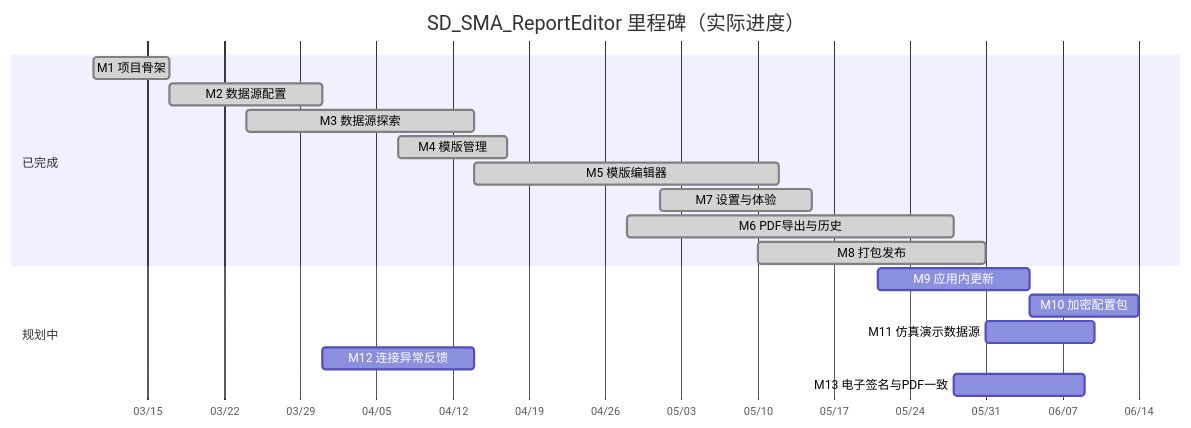
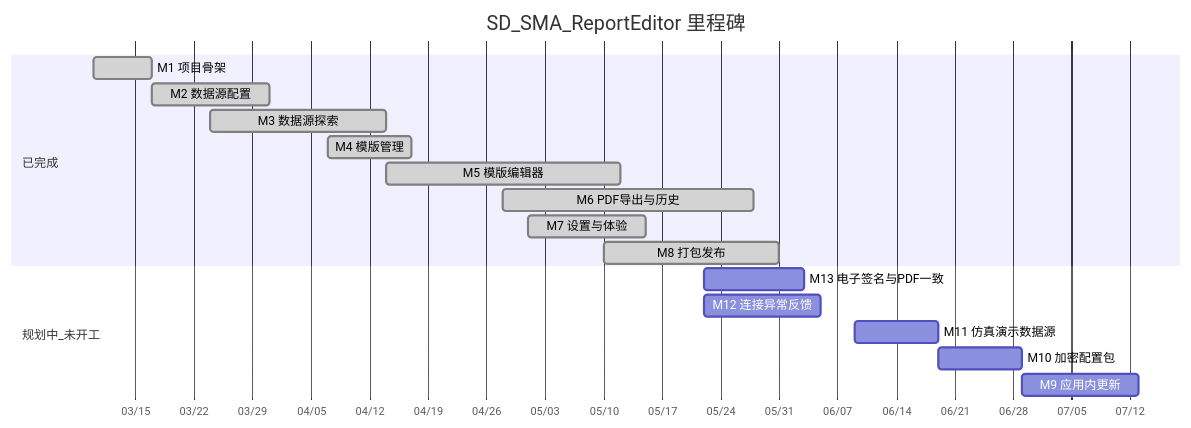
Before and after one commit to cwjwudi/sma_data_collector: the first of 2 diagrams in _Prj/SD_SMA_ReportEditor/_Doc/002_里程碑与工单.md, drawn with Mermaid. The commit also changed other lines of this file, not shown here.

Commit message:
docs(SD_SMA_ReportEditor): 修正甘特图规划项日期避免落在过去
规划中里程碑改用 2026-05 起明确日期，不再使用 after 已完成项；合并已完成区并补充 Gitea 渲染说明。

````diff
--- a/_Prj/SD_SMA_ReportEditor/_Doc/002_里程碑与工单.md
+++ b/_Prj/SD_SMA_ReportEditor/_Doc/002_里程碑与工单.md
@@ -33,25 +35,23 @@
 ```mermaid
 gantt
-    title SD_SMA_ReportEditor 里程碑（实际进度）
+    title SD_SMA_ReportEditor 里程碑
     dateFormat YYYY-MM-DD
     axisFormat %m/%d
 
     section 已完成
     M1 项目骨架           :done, m1, 2026-03-10, 7d
     M2 数据源配置         :done, m2, 2026-03-17, 14d
     M3 数据源探索         :done, m3, 2026-03-24, 21d
     M4 模版管理           :done, m4, 2026-04-07, 10d
     M5 模版编辑器         :done, m5, 2026-04-14, 28d
+    M6 PDF导出与历史      :done, m6, 2026-04-28, 30d
     M7 设置与体验         :done, m7, 2026-05-01, 14d
-
-    section 已完成
-    M6 PDF导出与历史      :done, m6, 2026-04-28, 30d
     M8 打包发布           :done, m8, 2026-05-10, 21d
 
-    section 规划中
-    M9 应用内更新         :m9, 2026-05-21, 14d
-    M10 加密配置包        :m10, after m9, 10d
-    M11 仿真演示数据源    :m11, after m8, 10d
-    M12 连接异常反馈      :m12, after m2, 14d
-    M13 电子签名与PDF一致 :m13, after m6, 12d
+    section 规划中_未开工
+    M13 电子签名与PDF一致 :m13, 2026-05-22, 12d
+    M12 连接异常反馈      :m12, 2026-05-22, 14d
+    M11 仿真演示数据源    :m11, 2026-06-09, 10d
+    M10 加密配置包        :m10, 2026-06-19, 10d
+    M9 应用内更新         :m9, 2026-06-29, 14d
 ```
````
